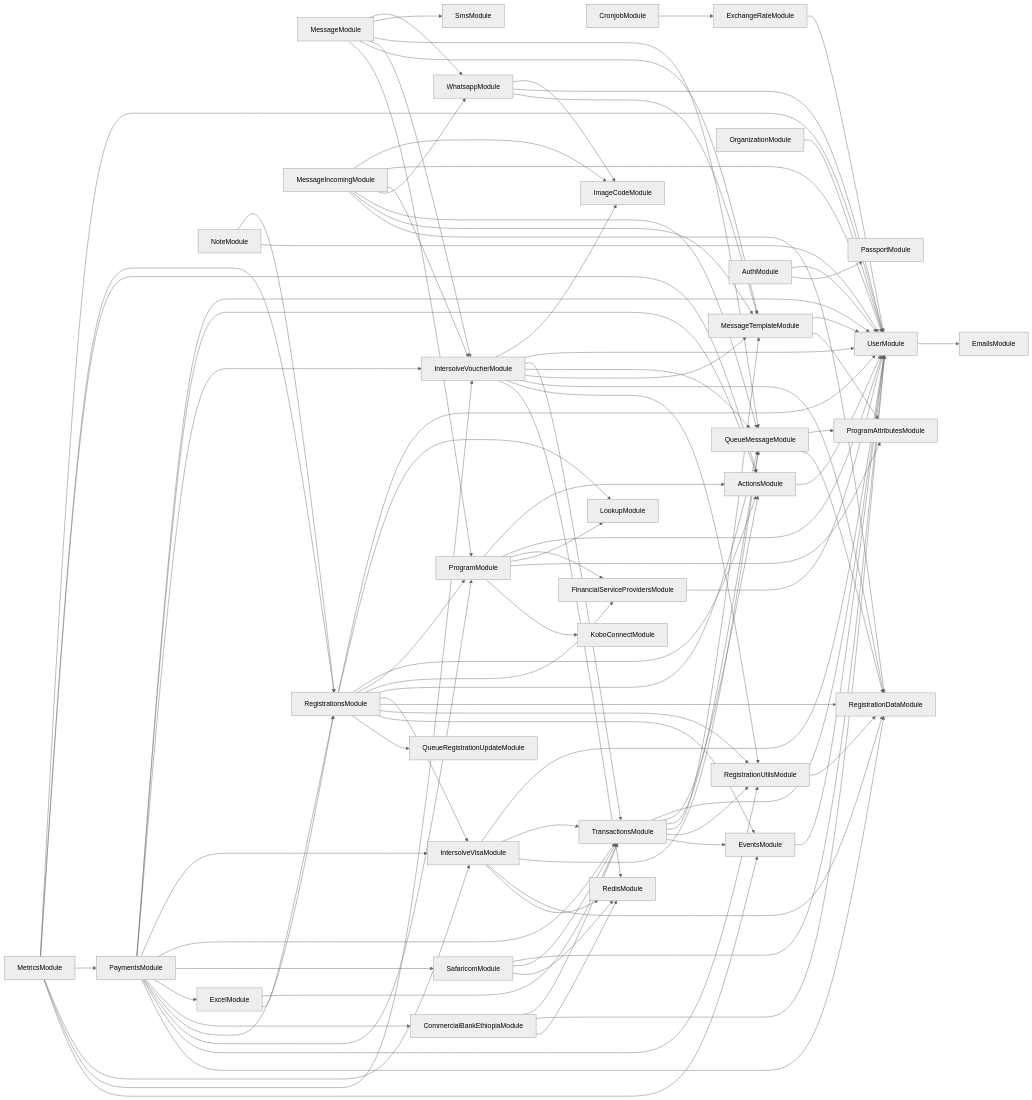
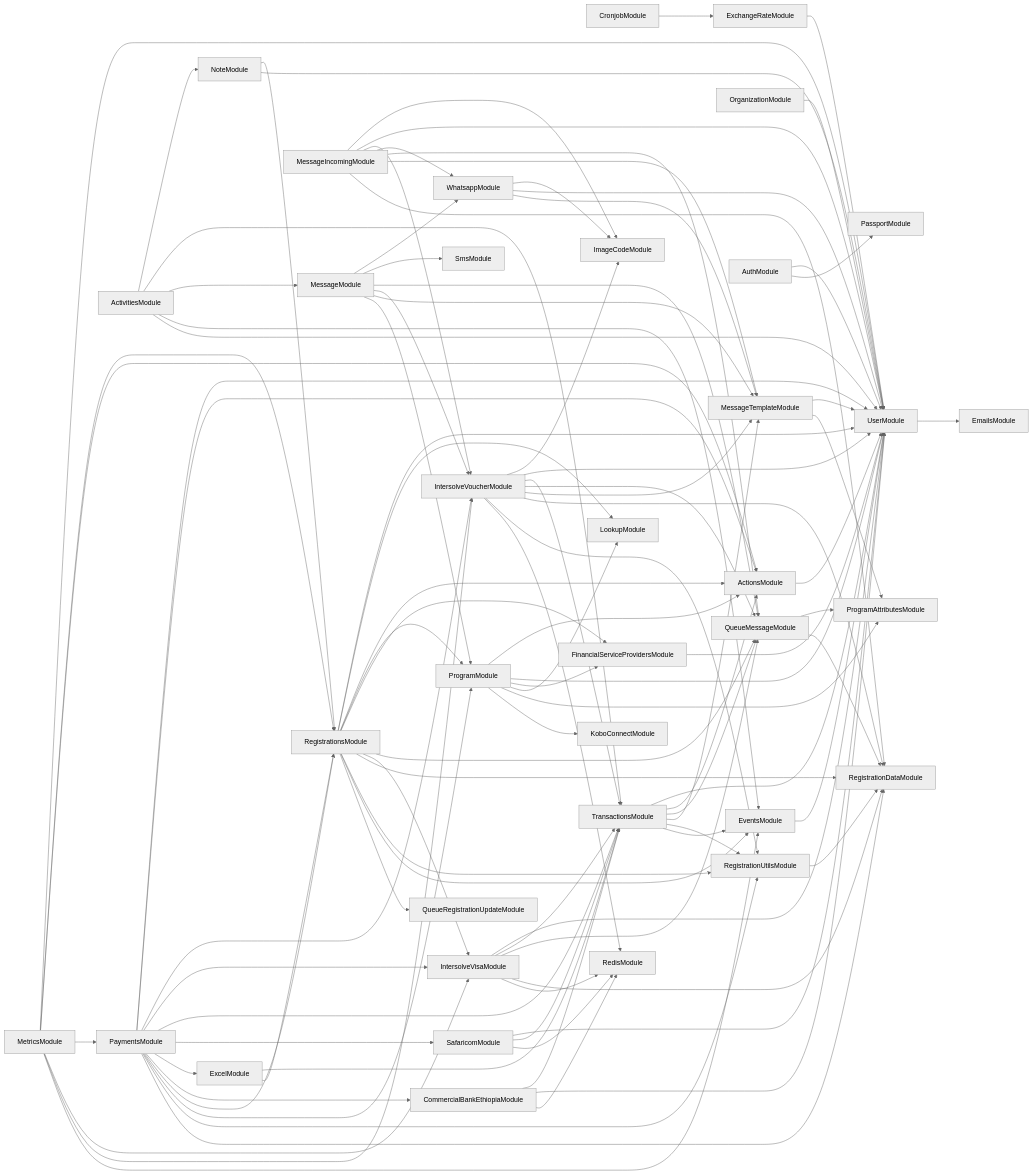
The diagram in services/121-service/module-dependencies.md (global-121/121-platform), drawn with Mermaid (neutral theme) before and after one commit. The commit also changed 35 other files, not shown here.

````diff
--- a/services/121-service/module-dependencies.md
+++ b/services/121-service/module-dependencies.md
@@ -97,4 +97,9 @@
   NoteModule-->UserModule
   AuthModule-->UserModule
   AuthModule-->PassportModule
+  ActivitiesModule-->NoteModule
+  ActivitiesModule-->TransactionsModule
+  ActivitiesModule-->MessageModule
+  ActivitiesModule-->EventsModule
+  ActivitiesModule-->UserModule
 ```
````
